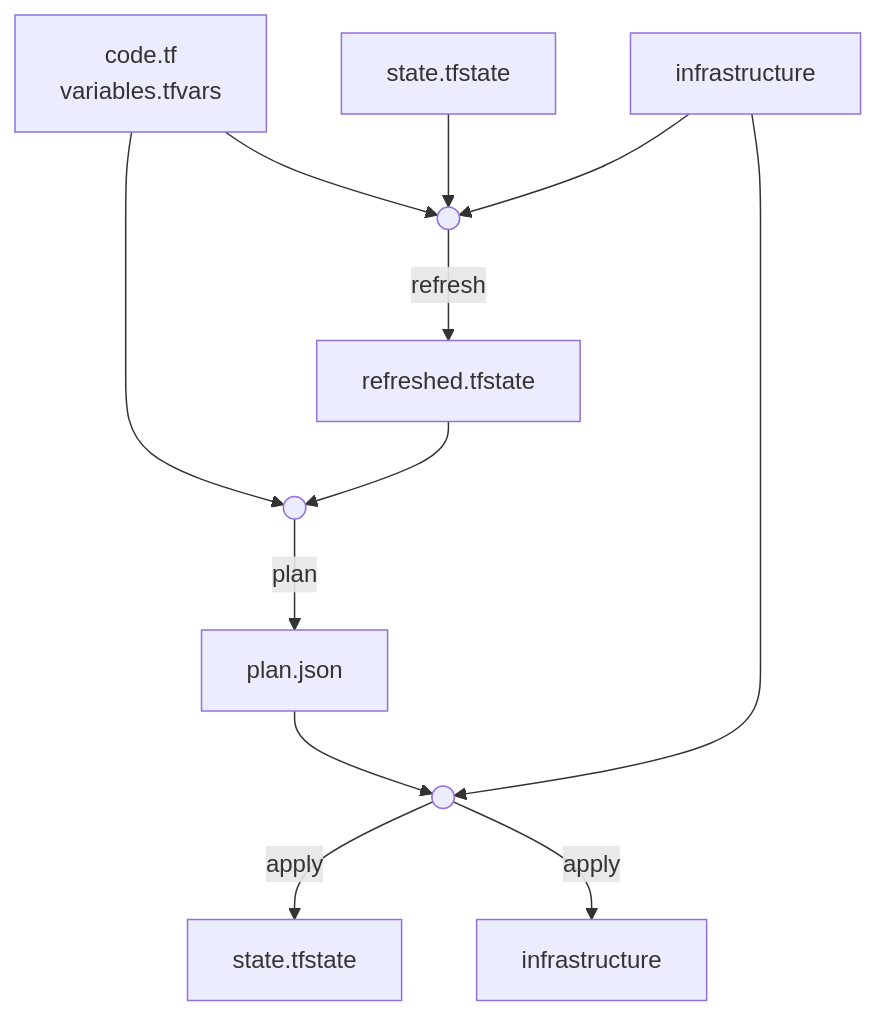
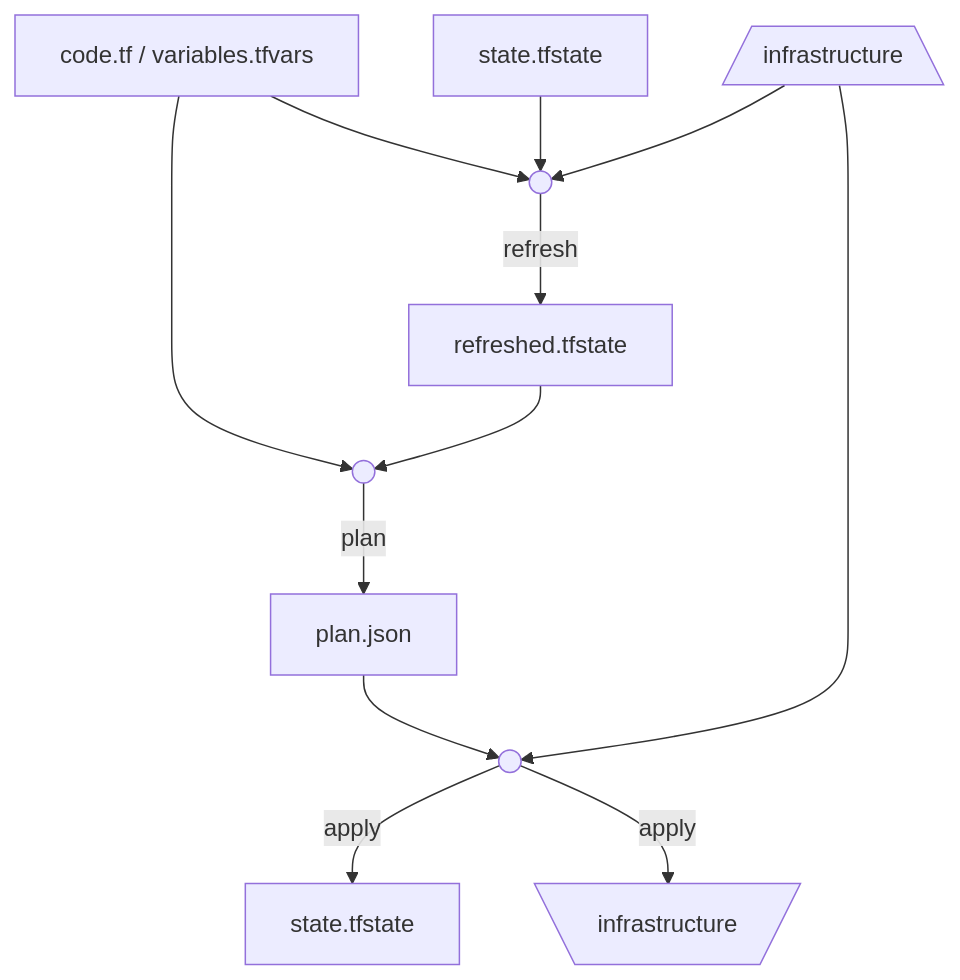
The diagram in diagrams/terraform.mmd (mlitwin/mlitwin.github.io), drawn with Mermaid before and after one commit. The commit also changed 12 other files, not shown here.

```diff
--- a/diagrams/terraform.mmd
+++ b/diagrams/terraform.mmd
@@ -1,23 +1,23 @@
 graph TD
-code["<div>code.tf</div><div>variables.tfvars</div>"]
+code["code.tf / variables.tfvars"]
 state0[state.tfstate]
 state_tmp[refreshed.tfstate]
 state1[state.tfstate]
-infrastructure0[infrastructure]
-infrastructure1[infrastructure]
+infrastructure0[/infrastructure\]
+infrastructure1[\infrastructure/]
 tf_refresh(( ))
 tf_plan(( ))
 tf_plan_out[plan.json]
 tf_apply(( ))
 
 code --> tf_refresh
 state0 --> tf_refresh
 infrastructure0 --> tf_refresh
 tf_refresh -- refresh --> state_tmp
 code --> tf_plan
 state_tmp --> tf_plan
 tf_plan -- plan --> tf_plan_out
 tf_plan_out --> tf_apply
 infrastructure0 --> tf_apply
 tf_apply -- apply --> state1
 tf_apply -- apply --> infrastructure1
```
